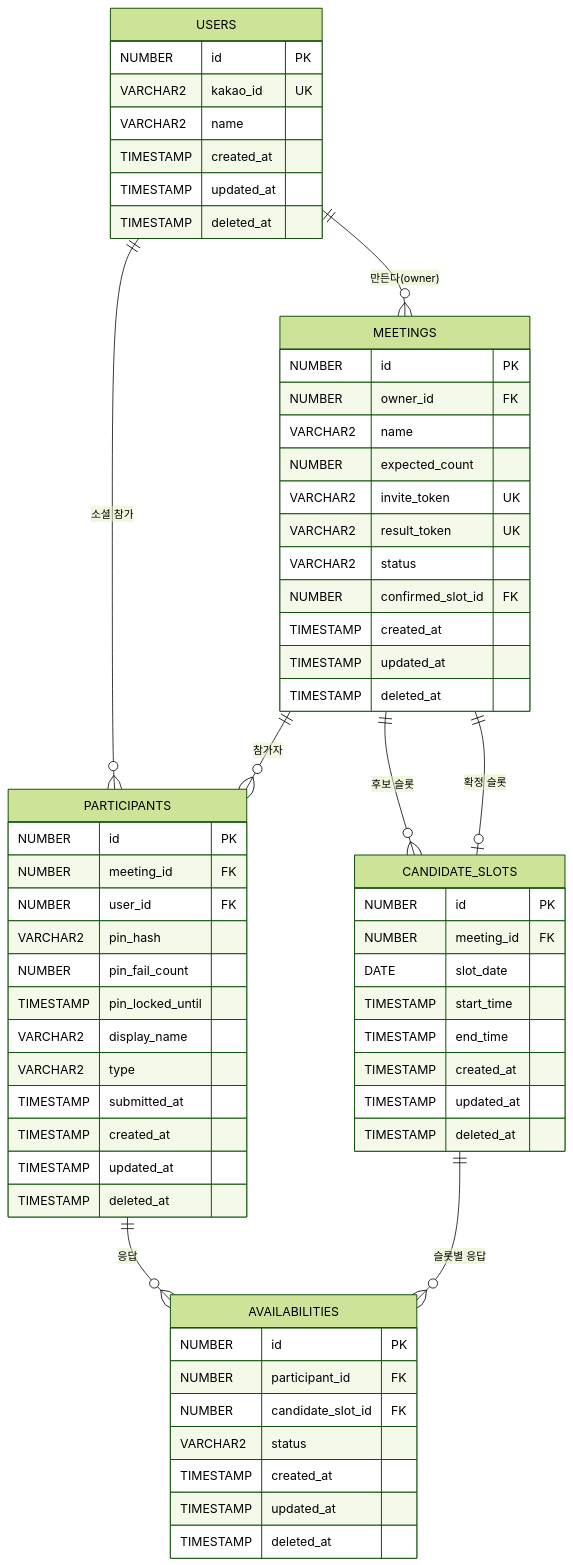
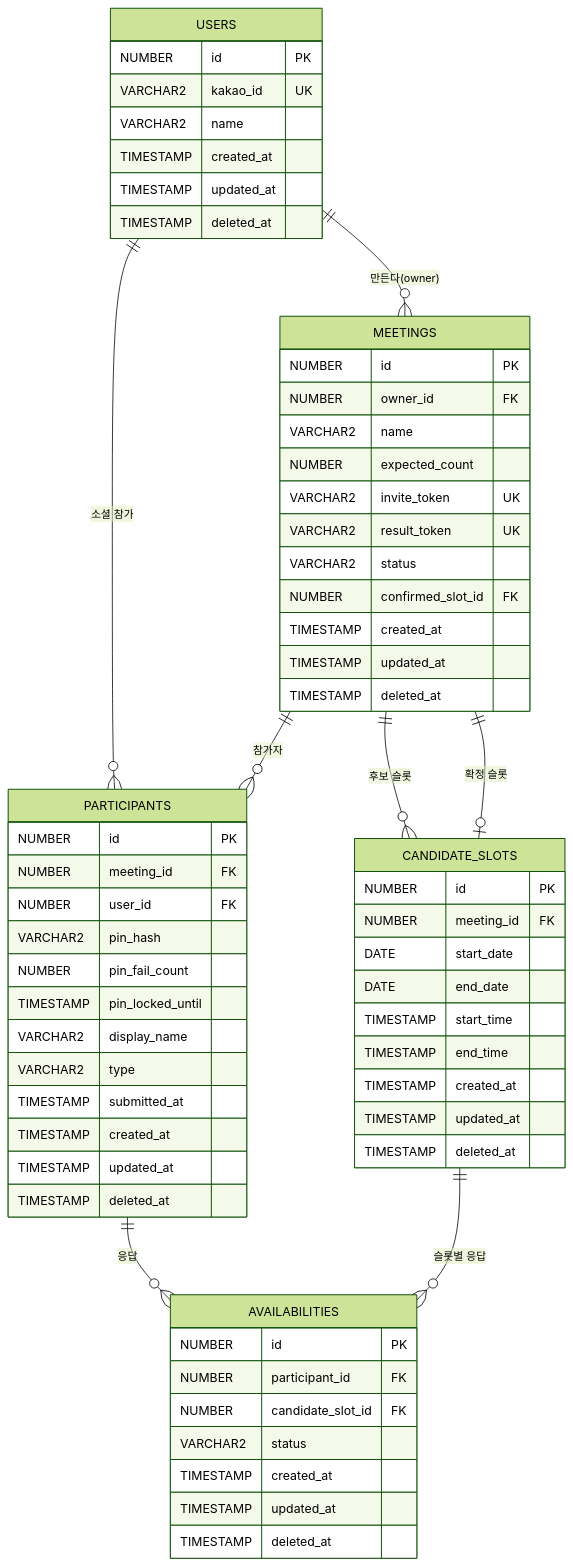
Before and after one commit to 00nahyeonKim/make-app: the diagram in docs/DB/ERD_img/make_app_erd_v5.md, drawn with Mermaid (forest theme). The commit also changed 5 other files, not shown here.

````diff
--- a/docs/DB/ERD_img/make_app_erd_v5.md
+++ b/docs/DB/ERD_img/make_app_erd_v5.md
@@ -1,69 +1,70 @@
 ```mermaid
 erDiagram
     USERS {
         NUMBER id PK
         VARCHAR2 kakao_id UK
         VARCHAR2 name
         TIMESTAMP created_at
         TIMESTAMP updated_at
         TIMESTAMP deleted_at
     }
 
     MEETINGS {
         NUMBER id PK
         NUMBER owner_id FK
         VARCHAR2 name
         NUMBER expected_count
         VARCHAR2 invite_token UK
         VARCHAR2 result_token UK
         VARCHAR2 status
         NUMBER confirmed_slot_id FK
         TIMESTAMP created_at
         TIMESTAMP updated_at
         TIMESTAMP deleted_at
     }
 
     CANDIDATE_SLOTS {
         NUMBER id PK
         NUMBER meeting_id FK
-        DATE slot_date
+        DATE start_date
+        DATE end_date
         TIMESTAMP start_time
         TIMESTAMP end_time
         TIMESTAMP created_at
         TIMESTAMP updated_at
         TIMESTAMP deleted_at
     }
 
     PARTICIPANTS {
         NUMBER id PK
         NUMBER meeting_id FK
         NUMBER user_id FK
         VARCHAR2 pin_hash
         NUMBER pin_fail_count
         TIMESTAMP pin_locked_until
         VARCHAR2 display_name
         VARCHAR2 type
         TIMESTAMP submitted_at
         TIMESTAMP created_at
         TIMESTAMP updated_at
         TIMESTAMP deleted_at
     }
 
     AVAILABILITIES {
         NUMBER id PK
         NUMBER participant_id FK
         NUMBER candidate_slot_id FK
         VARCHAR2 status
         TIMESTAMP created_at
         TIMESTAMP updated_at
         TIMESTAMP deleted_at
     }
 
     USERS ||--o{ MEETINGS : "만든다(owner)"
     USERS ||--o{ PARTICIPANTS : "소셜 참가"
     MEETINGS ||--o{ CANDIDATE_SLOTS : "후보 슬롯"
     MEETINGS ||--o{ PARTICIPANTS : "참가자"
     MEETINGS ||--o| CANDIDATE_SLOTS : "확정 슬롯"
     PARTICIPANTS ||--o{ AVAILABILITIES : "응답"
     CANDIDATE_SLOTS ||--o{ AVAILABILITIES : "슬롯별 응답"
 ```
````
